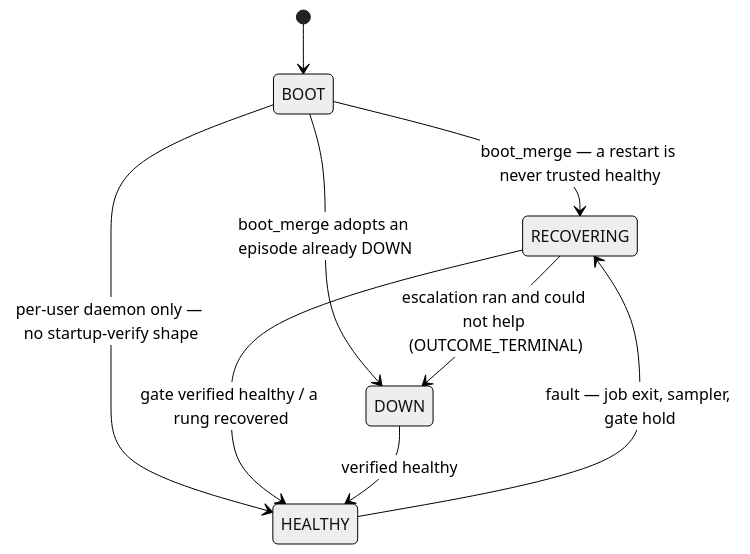
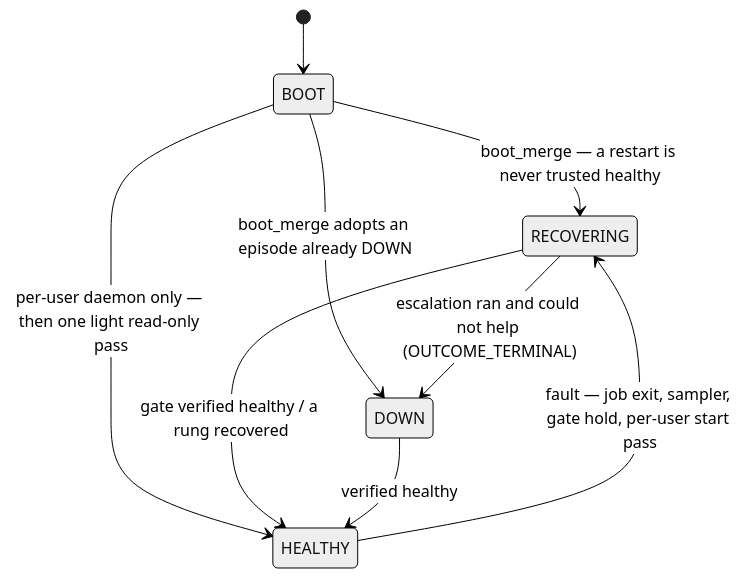
The second of 3 diagrams in specs/03-health.md (tenstorrent/tt-device-mcp), drawn with Mermaid (neutral theme) before and after one commit. The commit also changed other lines of this file and 273 other files, not shown here.

````diff
--- a/specs/03-health.md
+++ b/specs/03-health.md
@@ -481,11 +2228,11 @@
 ```mermaid
 stateDiagram-v2
   [*] --> BOOT
   BOOT --> RECOVERING : boot_merge — a restart is never trusted healthy
   BOOT --> DOWN : boot_merge adopts an episode already DOWN
-  BOOT --> HEALTHY : per-user daemon only — no startup-verify shape
+  BOOT --> HEALTHY : per-user daemon only — then one light read-only pass
+  HEALTHY --> RECOVERING : fault — job exit, sampler, gate hold, per-user start pass
   RECOVERING --> HEALTHY : gate verified healthy / a rung recovered
-  HEALTHY --> RECOVERING : fault — job exit, sampler, gate hold
   RECOVERING --> DOWN : escalation ran and could not help (OUTCOME_TERMINAL)
   DOWN --> HEALTHY : verified healthy
 ```
````
